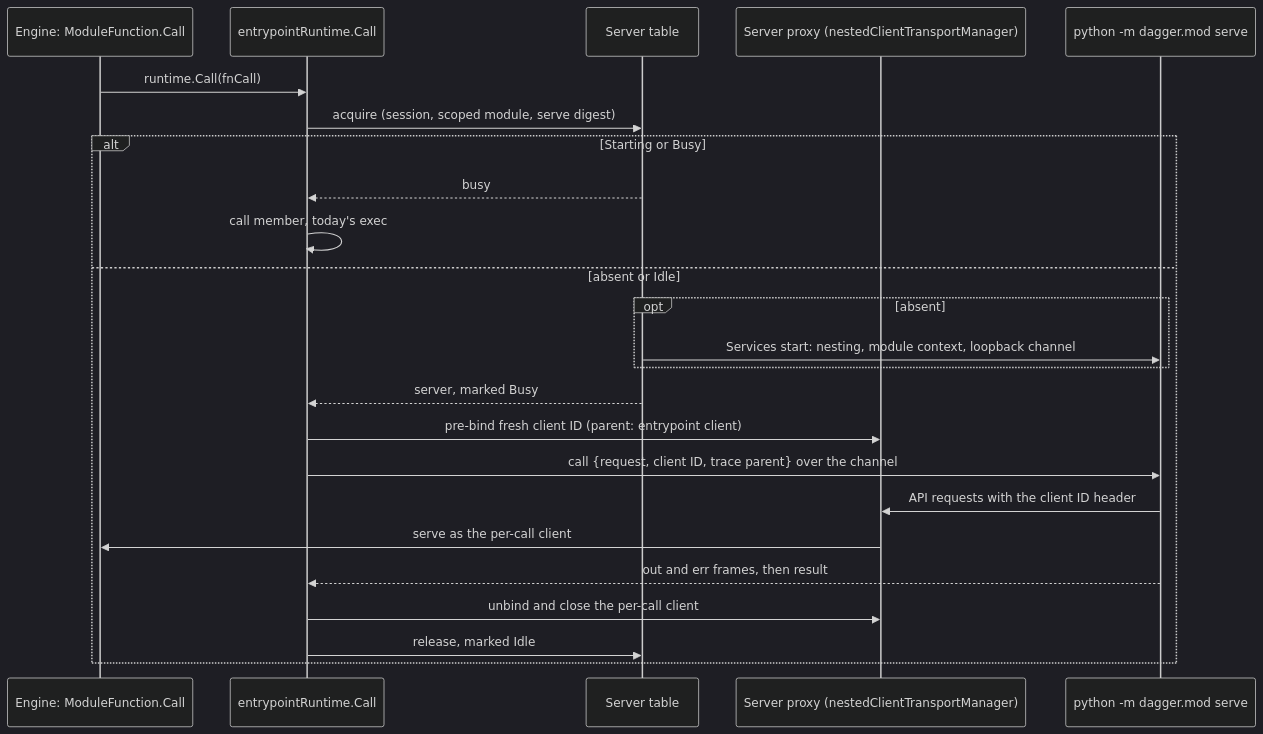
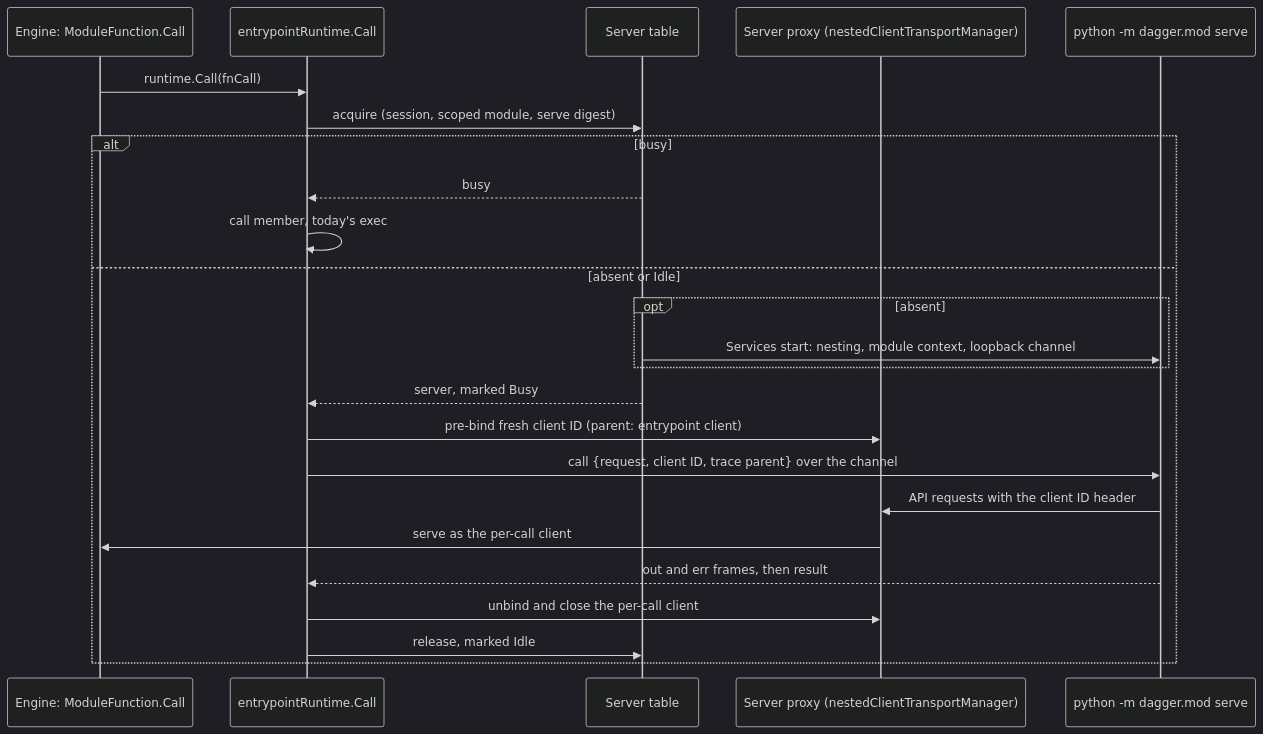
One commit to dagger/dagger changed the second of 3 diagrams in hack/designs/python-persistent-module-server.md. Above: the diagram before and after it, drawn with Mermaid (dark theme). The commit also changed other lines of this file, not shown here.

````diff
--- a/hack/designs/python-persistent-module-server.md
+++ b/hack/designs/python-persistent-module-server.md
@@ -300,26 +303,26 @@
 ```mermaid
 sequenceDiagram
     participant F as Engine: ModuleFunction.Call
     participant E as entrypointRuntime.Call
     participant T as Server table
     participant M as Server proxy (nestedClientTransportManager)
     participant S as python -m dagger.mod serve
     F->>E: runtime.Call(fnCall)
     E->>T: acquire (session, scoped module, serve digest)
-    alt Starting or Busy
+    alt busy
         T-->>E: busy
         E->>E: call member, today's exec
     else absent or Idle
         opt absent
             T->>S: Services start: nesting, module context, loopback channel
         end
         T-->>E: server, marked Busy
         E->>M: pre-bind fresh client ID (parent: entrypoint client)
         E->>S: call {request, client ID, trace parent} over the channel
         S->>M: API requests with the client ID header
         M->>F: serve as the per-call client
         S-->>E: out and err frames, then result
         E->>M: unbind and close the per-call client
         E->>T: release, marked Idle
     end
 ```
````
